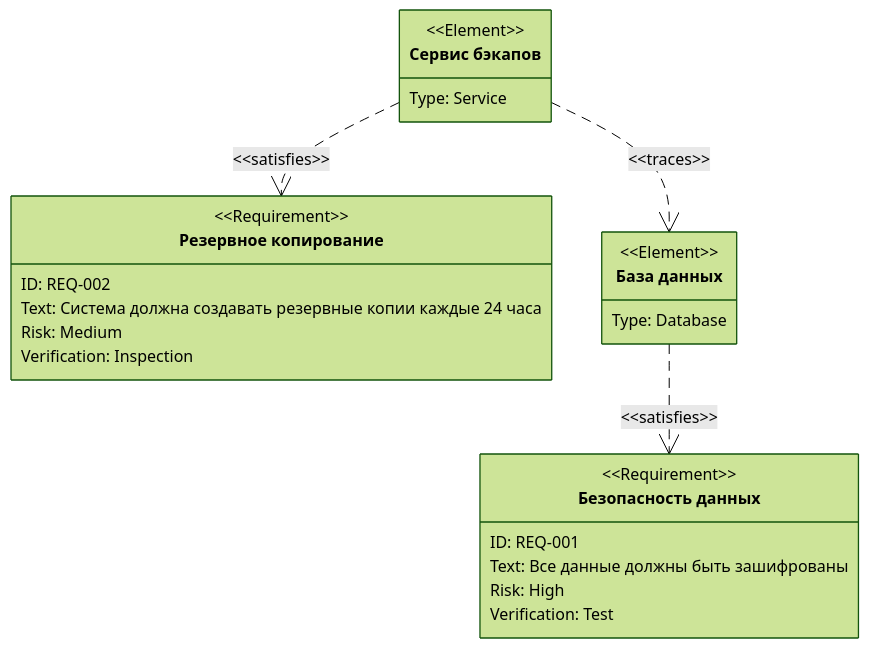
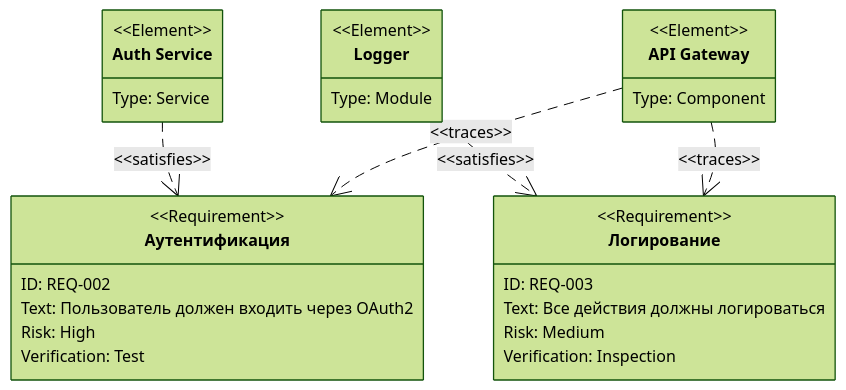
One commit to DaniilGavrin/mermaid-guide changed the second of 2 diagrams in docs/diagrams/requirement.md. Above: the diagram before and after it, drawn with Mermaid (forest theme). The commit also changed other lines of this file, not shown here.

Commit message:
fix: исправлен синтаксис requirementDiagram (убраны лишние отступы, добавлены кавычки)

````diff
--- a/docs/diagrams/requirement.md
+++ b/docs/diagrams/requirement.md
@@ -45,29 +83,33 @@
 ```mermaid
 requirementDiagram
+requirement "Аутентификация" {
+    id: "REQ-002"
+    text: "Пользователь должен входить через OAuth2"
+    risk: High
+    verifymethod: Test
+}
 
-    requirement "Безопасность данных" {
-        id: "REQ-001"
-        text: "Все данные должны быть зашифрованы"
-        risk: High
-        verifymethod: Test
-    }
+requirement "Логирование" {
+    id: "REQ-003"
+    text: "Все действия должны логироваться"
+    risk: Medium
+    verifymethod: Inspection
+}
 
-    requirement "Резервное копирование" {
-        id: "REQ-002"
-        text: "Система должна создавать резервные копии каждые 24 часа"
-        risk: Medium
-        verifymethod: Inspection
-    }
+element "Auth Service" {
+    type: "Service"
+}
 
-    element "База данных" {
-        type: Database
-    }
+element "Logger" {
+    type: "Module"
+}
 
-    element "Сервис бэкапов" {
-        type: Service
-    }
+element "API Gateway" {
+    type: "Component"
+}
 
-    "База данных" - satisfies -> "Безопасность данных"
-    "Сервис бэкапов" - satisfies -> "Резервное копирование"
-    "Сервис бэкапов" - traces -> "База данных"
+"Auth Service" - satisfies -> "Аутентификация"
+"Logger" - satisfies -> "Логирование"
+"API Gateway" - traces -> "Аутентификация"
+"API Gateway" - traces -> "Логирование"
 ```
````
